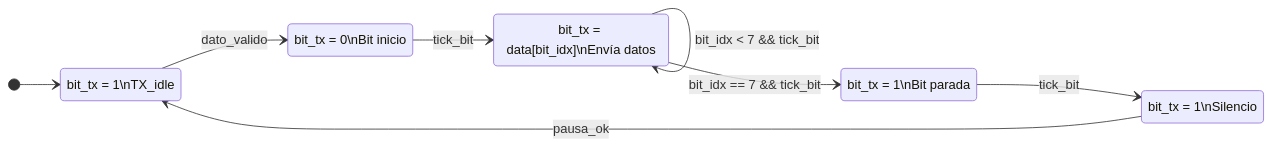
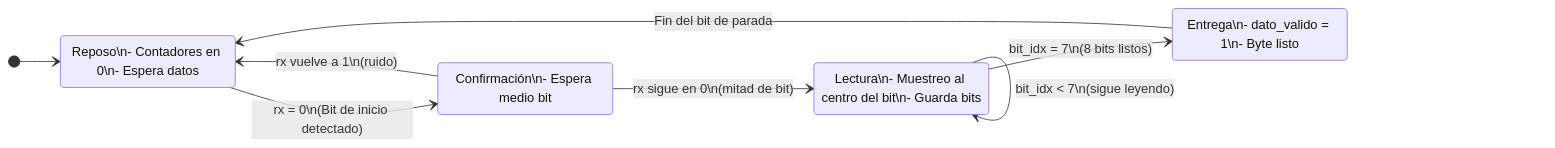
The second of 2 diagrams in README.md (marcos0811/Enlace-ptico-Visible-Li-Fi-con-Basys-3), drawn with Mermaid before and after one commit.

````diff
--- a/README.md
+++ b/README.md
@@ -65,23 +65,22 @@
 ```mermaid
 
 stateDiagram-v2
     direction LR
+
     [*] --> IDLE
 
-    IDLE : bit_tx = 1\nTX_idle
-    IDLE --> START : dato_valido
+    IDLE --> START : rx = 0\n(Bit de inicio detectado)
+    IDLE : Reposo\n- Contadores en 0\n- Espera datos
 
-    START : bit_tx = 0\nBit inicio
-    START --> DATOS : tick_bit
+    START --> DATOS : rx sigue en 0\n(mitad de bit)
+    START --> IDLE : rx vuelve a 1\n(ruido)
+    START : Confirmación\n- Espera medio bit
 
-    DATOS : bit_tx = data[bit_idx]\nEnvía datos
-    DATOS --> DATOS : bit_idx < 7 && tick_bit
-    DATOS --> STOP : bit_idx == 7 && tick_bit
+    DATOS --> DATOS : bit_idx < 7\n(sigue leyendo)
+    DATOS --> STOP : bit_idx = 7\n(8 bits listos)
+    DATOS : Lectura\n- Muestreo al centro del bit\n- Guarda bits
 
-    STOP : bit_tx = 1\nBit parada
-    STOP --> PAUSA : tick_bit
-
-    PAUSA : bit_tx = 1\nSilencio
-    PAUSA --> IDLE : pausa_ok
+    STOP --> IDLE : Fin del bit de parada
+    STOP : Entrega\n- dato_valido = 1\n- Byte listo
 
 ```
````
